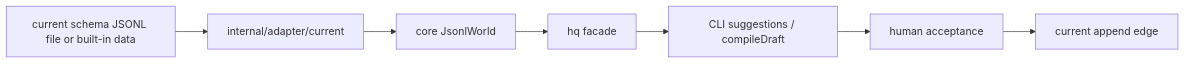
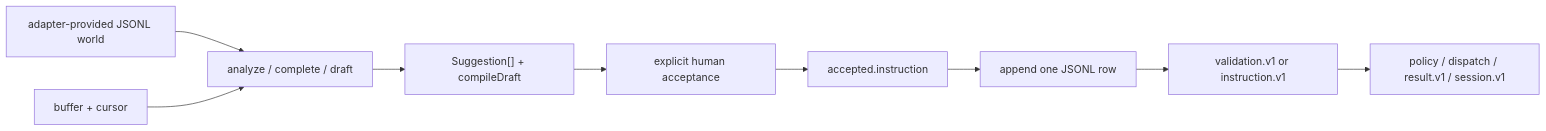
Before and after one commit to roccho-dev/hq: the second of 2 diagrams in docs/architecture/core-port-adapter-boundary.md, drawn with Mermaid. The commit also changed other lines of this file, not shown here.

Commit message:
Rebase A architecture boundary onto worker contracts

````diff
--- a/docs/architecture/core-port-adapter-boundary.md
+++ b/docs/architecture/core-port-adapter-boundary.md
@@ -52,9 +67,11 @@
 ```mermaid
 flowchart LR
-  A["current schema JSONL file or built-in data"] --> B["internal/adapter/current"]
-  B --> C["core JsonlWorld"]
-  C --> D["hq facade"]
-  D --> E["CLI suggestions / compileDraft"]
-  E --> F["human acceptance"]
-  F --> G["current append edge"]
+  Schema["adapter-provided JSONL world"] --> Compile["analyze / complete / draft"]
+  Cursor["buffer + cursor"] --> Compile
+  Compile --> Suggestions["Suggestion[] + compileDraft"]
+  Suggestions --> Human["explicit human acceptance"]
+  Human --> Accepted["accepted.instruction"]
+  Accepted --> Queue["append one JSONL row"]
+  Queue --> Validation["validation.v1 or instruction.v1"]
+  Validation --> Worker["policy / dispatch / result.v1 / session.v1"]
 ```
````
